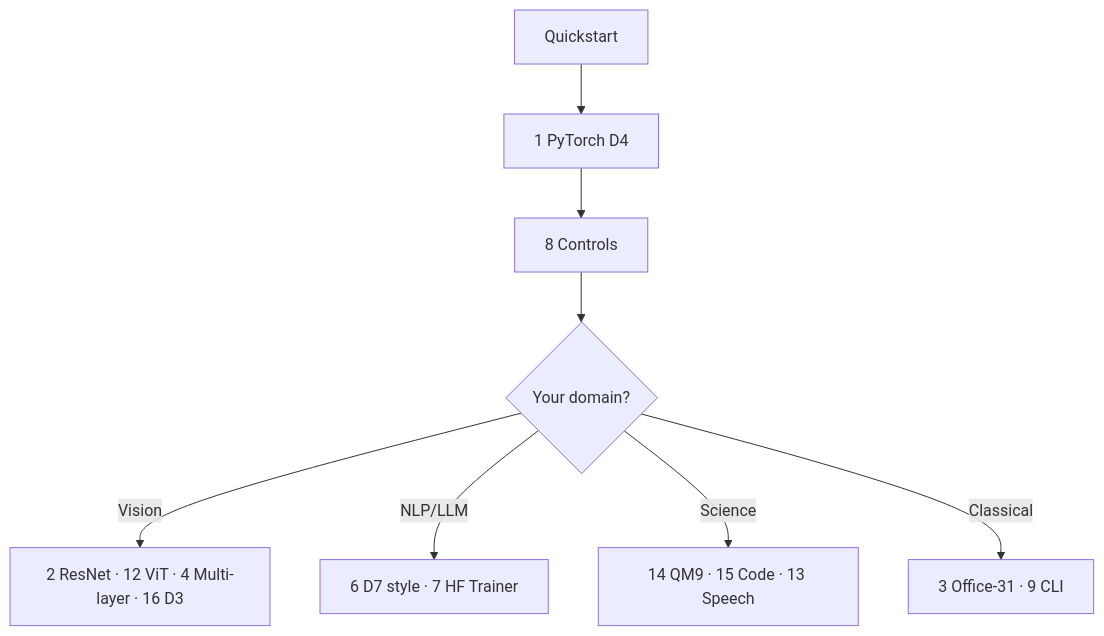
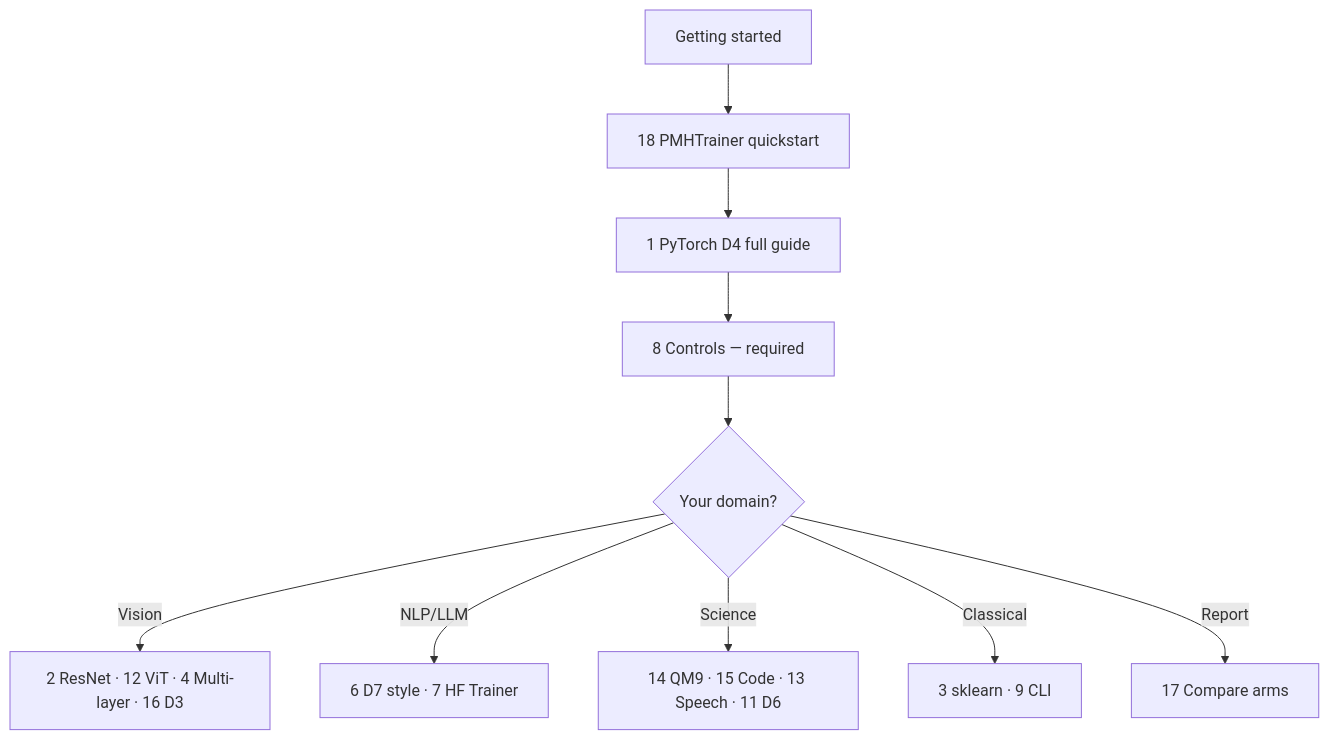
The diagram in docs/walkthroughs/index.md (vishalstark512/matching-pmh), drawn with Mermaid before and after one commit. The commit also changed other lines of this file and 23 other files, not shown here.

````diff
--- a/docs/walkthroughs/index.md
+++ b/docs/walkthroughs/index.md
@@ -35,10 +49,12 @@
 ```mermaid
 flowchart TD
-  Q[Quickstart] --> W1[1 PyTorch D4]
-  W1 --> W8[8 Controls]
+  GS[Getting started] --> W18[18 PMHTrainer quickstart]
+  W18 --> W1[1 PyTorch D4 full guide]
+  W1 --> W8[8 Controls — required]
   W8 --> branch{Your domain?}
   branch -->|Vision| V[2 ResNet · 12 ViT · 4 Multi-layer · 16 D3]
   branch -->|NLP/LLM| L[6 D7 style · 7 HF Trainer]
-  branch -->|Science| S[14 QM9 · 15 Code · 13 Speech]
-  branch -->|Classical| C[3 Office-31 · 9 CLI]
+  branch -->|Science| S[14 QM9 · 15 Code · 13 Speech · 11 D6]
+  branch -->|Classical| C[3 sklearn · 9 CLI]
+  branch -->|Report| R[17 Compare arms]
 ```
````
